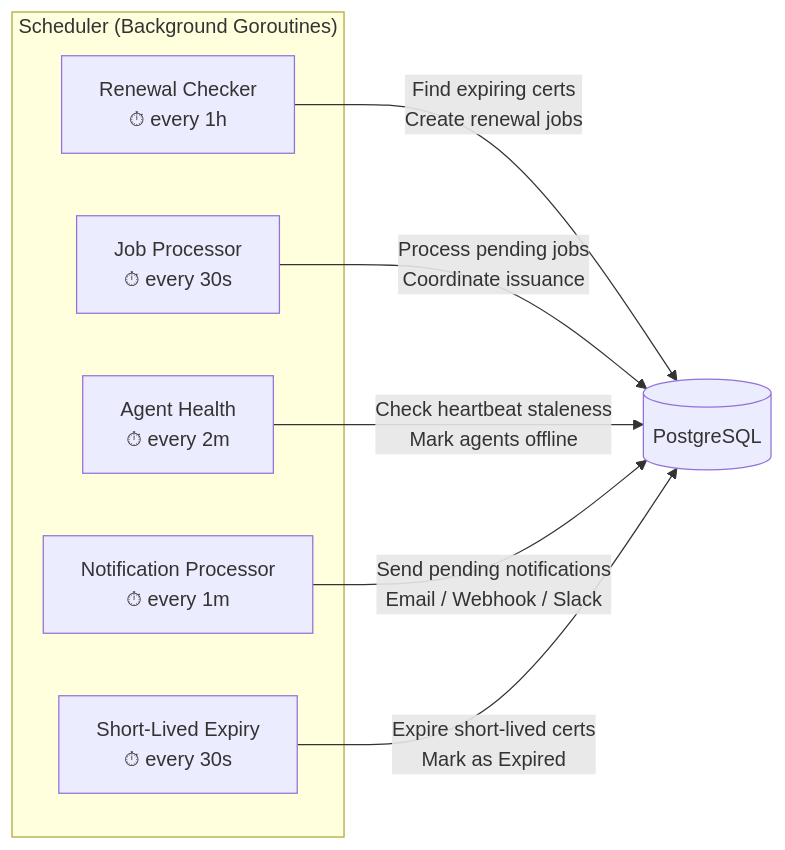
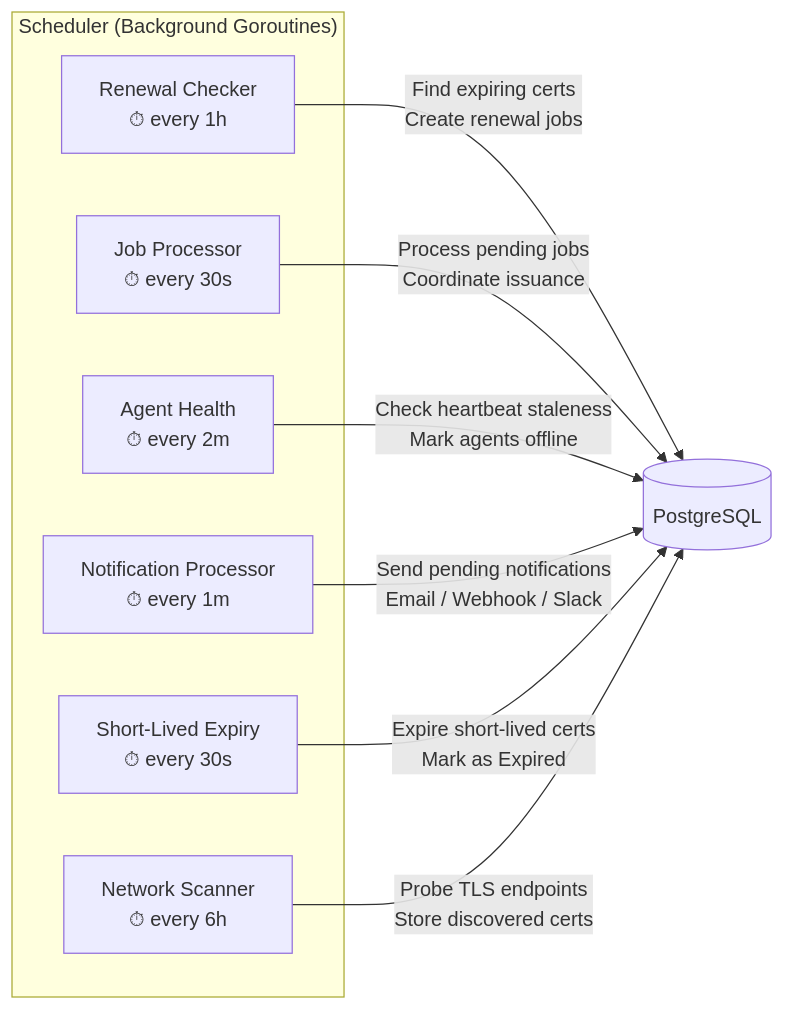
One commit to certctl-io/certctl changed the seventh of 14 diagrams in docs/architecture.md. Above: the diagram before and after it, drawn with Mermaid. The commit also changed other lines of this file and 25 other files, not shown here.

````diff
--- a/docs/architecture.md
+++ b/docs/architecture.md
@@ -379,16 +379,18 @@
 ```mermaid
 flowchart LR
     subgraph "Scheduler (Background Goroutines)"
         R["Renewal Checker\n⏱ every 1h"]
         J["Job Processor\n⏱ every 30s"]
         H["Agent Health\n⏱ every 2m"]
         N["Notification Processor\n⏱ every 1m"]
         SL["Short-Lived Expiry\n⏱ every 30s"]
+        NS["Network Scanner\n⏱ every 6h"]
     end
 
     R -->|"Find expiring certs\nCreate renewal jobs"| DB[("PostgreSQL")]
     J -->|"Process pending jobs\nCoordinate issuance"| DB
     H -->|"Check heartbeat staleness\nMark agents offline"| DB
     N -->|"Send pending notifications\nEmail / Webhook / Slack"| DB
     SL -->|"Expire short-lived certs\nMark as Expired"| DB
+    NS -->|"Probe TLS endpoints\nStore discovered certs"| DB
 ```
````
